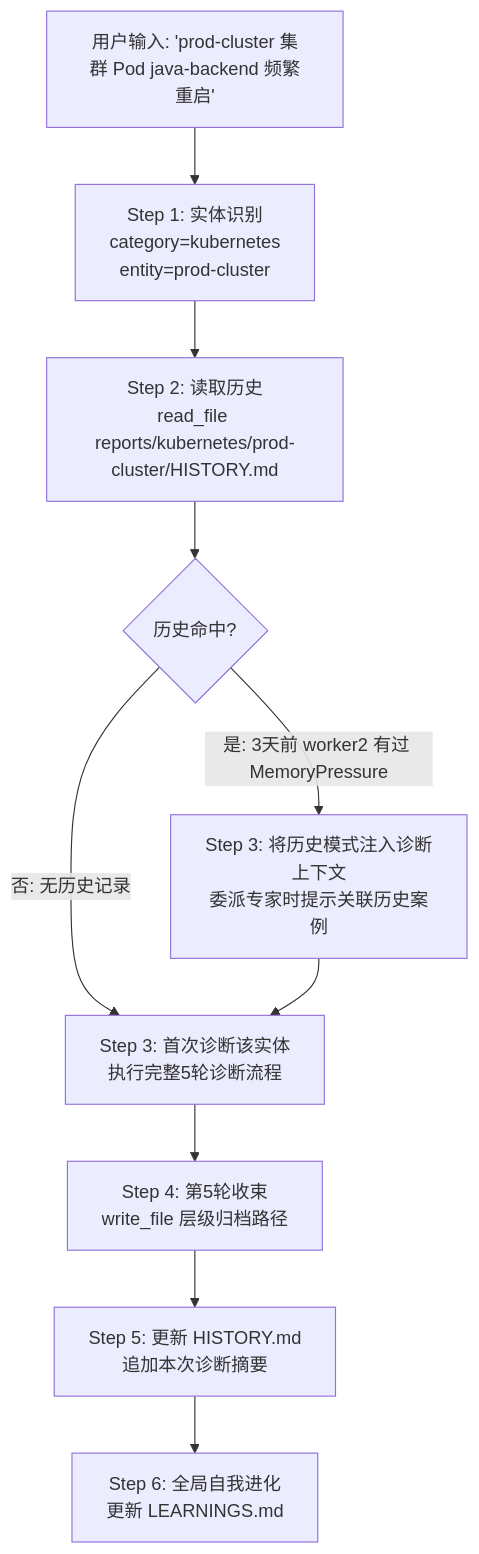
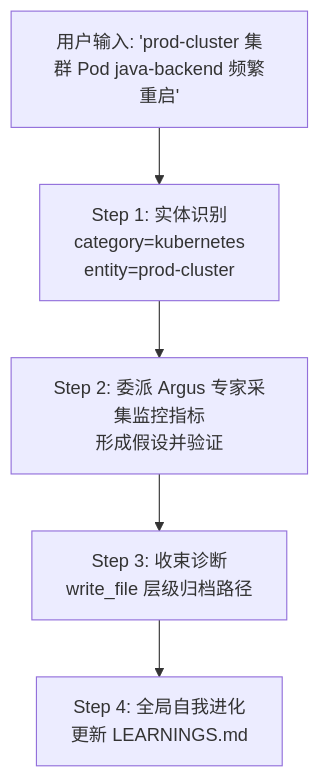
One commit to kangxiaoning/diagnostics changed the second of 6 diagrams in README.md. Above: the diagram before and after it, drawn with Mermaid. The commit also changed other lines of this file and 16 other files, not shown here.

````diff
--- a/README.md
+++ b/README.md
@@ -205,13 +200,8 @@
 ```mermaid
 flowchart TD
     Input["用户输入: 'prod-cluster 集群 Pod java-backend 频繁重启'"]
     Input --> Step1["Step 1: 实体识别<br/>category=kubernetes<br/>entity=prod-cluster"]
-    Step1 --> Step2["Step 2: 读取历史<br/>read_file reports/kubernetes/prod-cluster/HISTORY.md"]
-    Step2 --> Step3{"历史命中?"}
-    Step3 -->|"是: 3天前 worker2 有过 MemoryPressure"| Step4["Step 3: 将历史模式注入诊断上下文<br/>委派专家时提示关联历史案例"]
-    Step3 -->|"否: 无历史记录"| Step5["Step 3: 首次诊断该实体<br/>执行完整5轮诊断流程"]
-    Step4 --> Step5
-    Step5 --> Step6["Step 4: 第5轮收束<br/>write_file 层级归档路径"]
-    Step6 --> Step7["Step 5: 更新 HISTORY.md<br/>追加本次诊断摘要"]
-    Step7 --> Step8["Step 6: 全局自我进化<br/>更新 LEARNINGS.md"]
+    Step1 --> Step2["Step 2: 委派 Argus 专家采集监控指标<br/>形成假设并验证"]
+    Step2 --> Step3["Step 3: 收束诊断<br/>write_file 层级归档路径"]
+    Step3 --> Step4["Step 4: 全局自我进化<br/>更新 LEARNINGS.md"]
 ```
````
